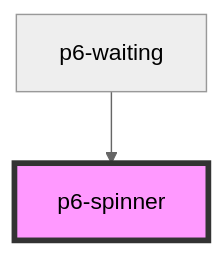
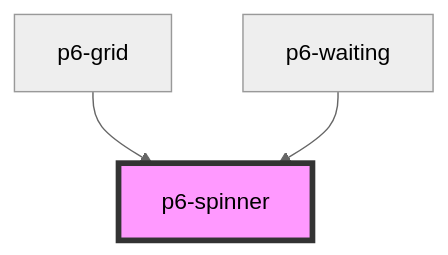
One commit to amalto/platform6-ui-components changed the diagram in src/components/atoms/p6-spinner/readme.md. Above: the diagram before and after it, drawn with Mermaid (neutral theme). The commit also changed other lines of this file and 8 other files, not shown here.

````diff
--- a/src/components/atoms/p6-spinner/readme.md
+++ b/src/components/atoms/p6-spinner/readme.md
@@ -13,5 +14,6 @@
 ```mermaid
 graph TD;
+  p6-grid --> p6-spinner
   p6-waiting --> p6-spinner
   style p6-spinner fill:#f9f,stroke:#333,stroke-width:4px
 ```
````
